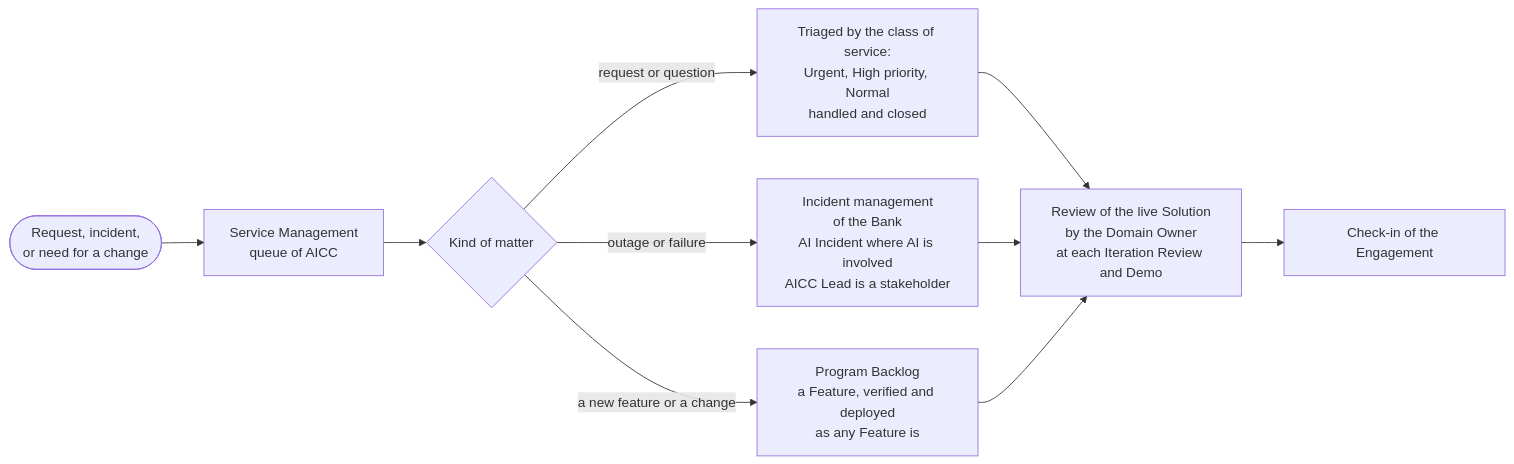
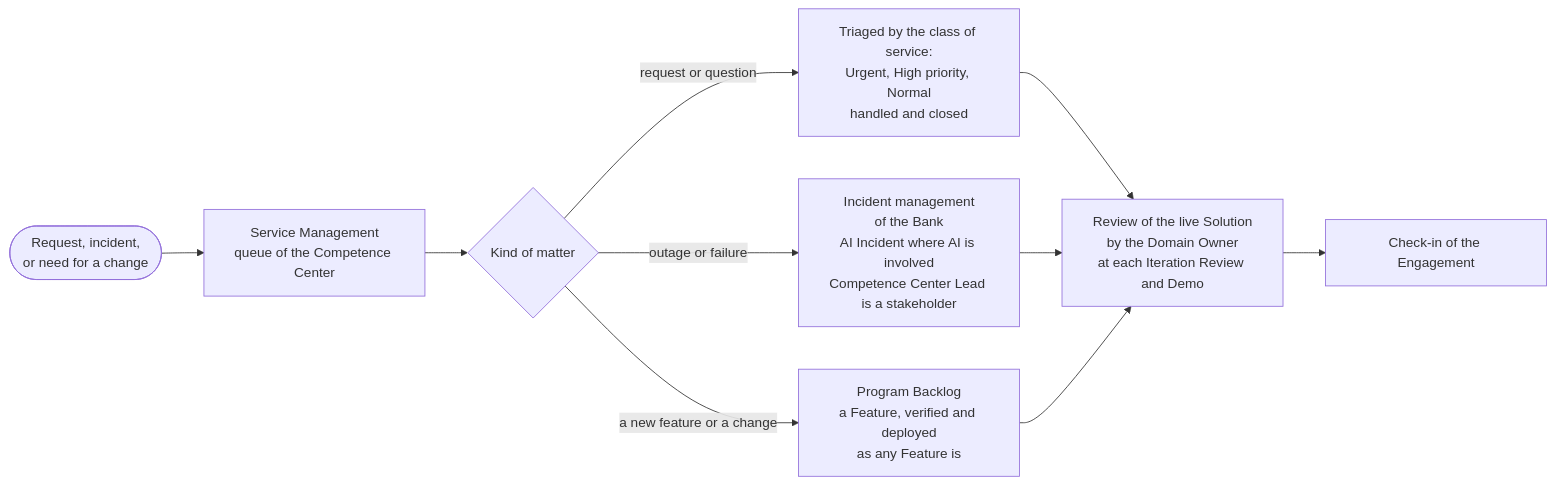
One commit to devhogu/ob-aicc changed the fourth of 4 diagrams in charter/en/guides/engagement-guide.md. Above: the diagram before and after it, drawn with Mermaid. The commit also changed other lines of this file and 1149 other files, not shown here.

First line of the commit message:
The name Competence Center: AICC stays only as a code (DR-2026-066)

````diff
--- a/charter/en/guides/engagement-guide.md
+++ b/charter/en/guides/engagement-guide.md
@@ -108,12 +108,12 @@
 ```mermaid
 flowchart LR
-  RQ(["Request, incident,<br/>or need for a change"]) --> SM["Service Management<br/>queue of AICC"]
+  RQ(["Request, incident,<br/>or need for a change"]) --> SM["Service Management<br/>queue of the Competence Center"]
   SM --> TR{"Kind of matter"}
   TR -->|"request or question"| HD["Triaged by the class of service:<br/>Urgent, High priority, Normal<br/>handled and closed"]
-  TR -->|"outage or failure"| IM["Incident management<br/>of the Bank<br/>AI Incident where AI is involved<br/>AICC Lead is a stakeholder"]
+  TR -->|"outage or failure"| IM["Incident management<br/>of the Bank<br/>AI Incident where AI is involved<br/>Competence Center Lead is a stakeholder"]
   TR -->|"a new feature or a change"| BL["Program Backlog<br/>a Feature, verified and deployed<br/>as any Feature is"]
   HD --> RV["Review of the live Solution<br/>by the Domain Owner<br/>at each Iteration Review and Demo"]
   IM --> RV
   BL --> RV
   RV --> CK["Check-in of the Engagement"]
 ```
````
